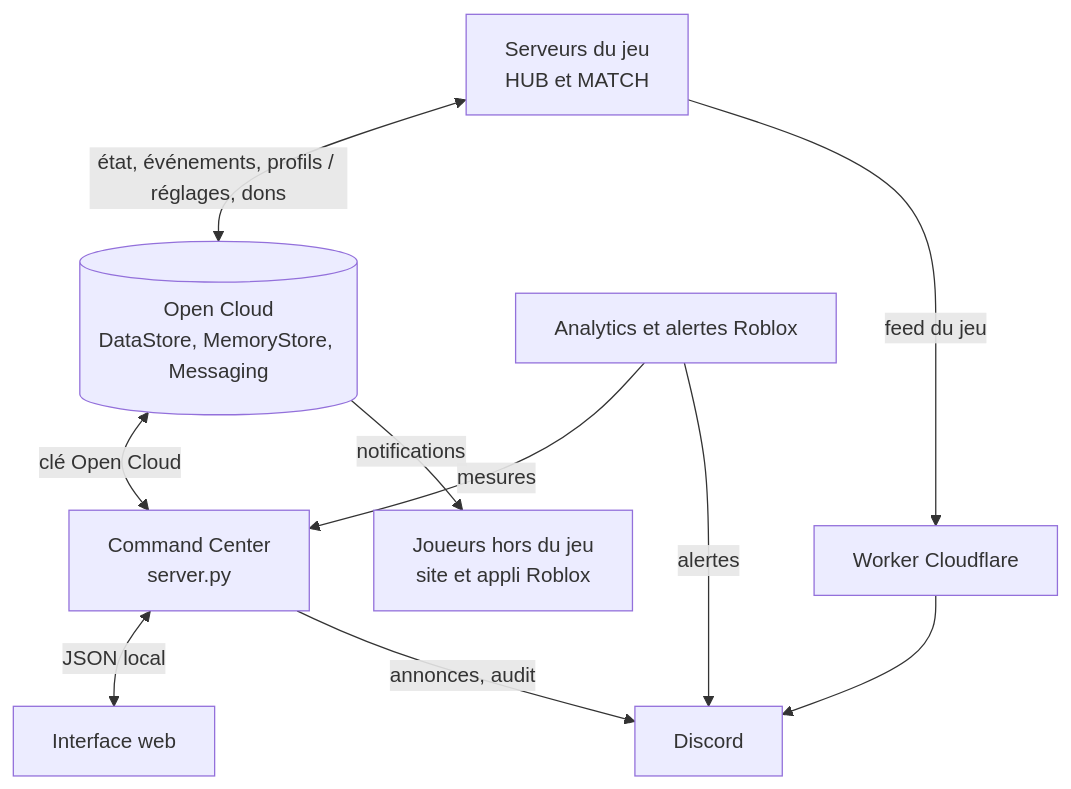
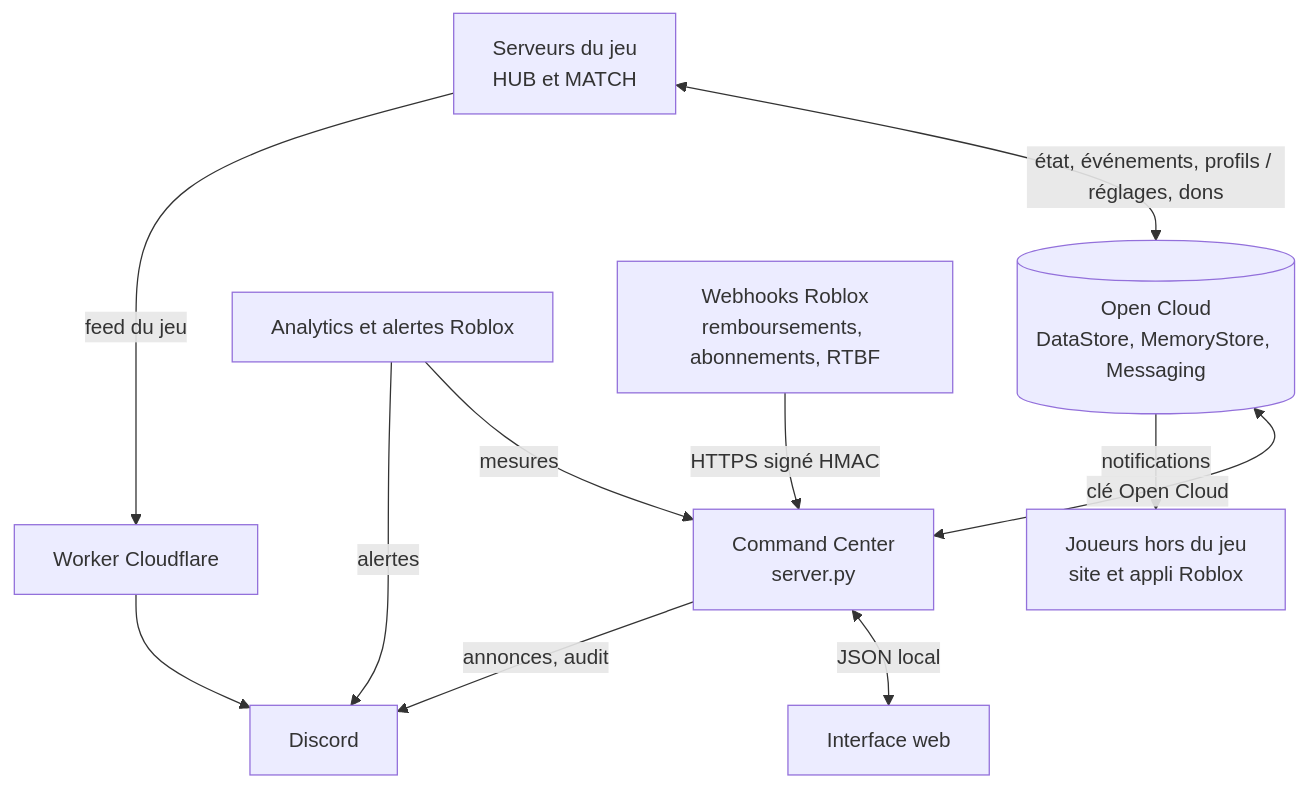
The diagram in docs/PIPELINES.md (AdamGuemil/command-center), drawn with Mermaid before and after one commit. The commit also changed other lines of this file and 39 other files, not shown here.

Commit message:
Lot 6 : connexion Discord, webhooks Roblox, automatisations, téléphone, Docker + Caddy

````diff
--- a/docs/PIPELINES.md
+++ b/docs/PIPELINES.md
@@ -22,20 +23,22 @@
 ```mermaid
 flowchart TB
   G["Serveurs du jeu<br/>HUB et MATCH"]
   OC[("Open Cloud<br/>DataStore, MemoryStore, Messaging")]
   AN["Analytics et alertes Roblox"]
   CC["Command Center<br/>server.py"]
   UI["Interface web"]
   W["Worker Cloudflare"]
   DSC["Discord"]
   J["Joueurs hors du jeu<br/>site et appli Roblox"]
+  WH["Webhooks Roblox<br/>remboursements, abonnements, RTBF"]
   G <-- "état, événements, profils / réglages, dons" --> OC
   G -- "feed du jeu" --> W
   OC <-- "clé Open Cloud" --> CC
   AN -- "mesures" --> CC
   CC <-- "JSON local" --> UI
   W --> DSC
   CC -- "annonces, audit" --> DSC
   AN -- "alertes" --> DSC
   OC -- "notifications" --> J
+  WH -- "HTTPS signé HMAC" --> CC
 ```
````
